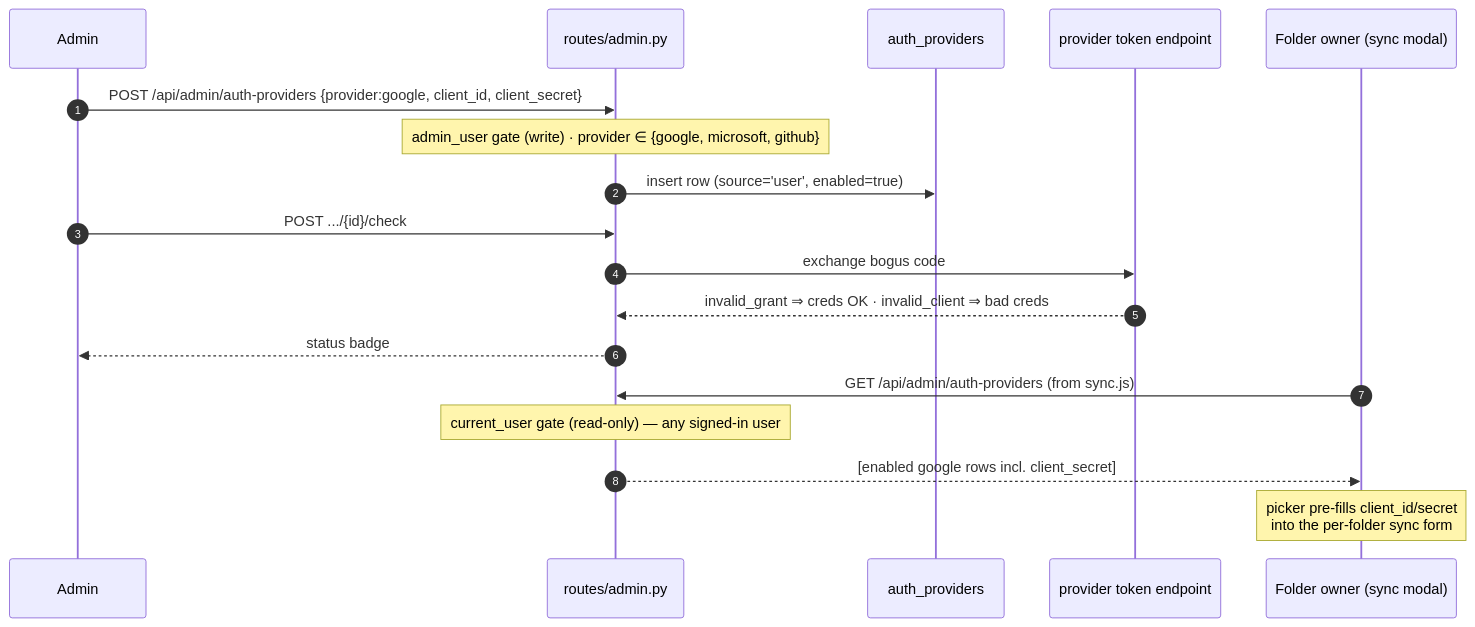
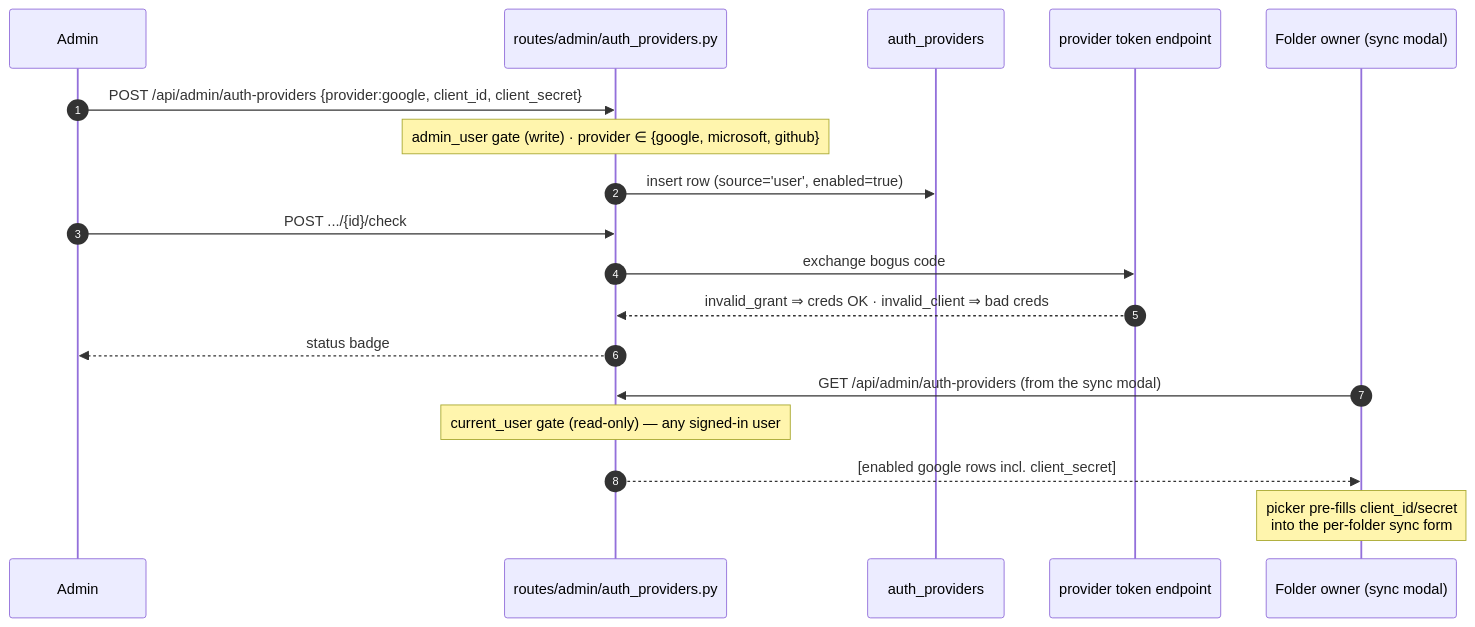
One commit to voitta-ai/voitta-rag-enterprise changed diagram 16 of 21 in docs/OPERATIONS.md. Above: the diagram before and after it, drawn with Mermaid. The commit also changed other lines of this file and 12 other files, not shown here.

````diff
--- a/docs/OPERATIONS.md
+++ b/docs/OPERATIONS.md
@@ -975,22 +1027,22 @@
 ```mermaid
 sequenceDiagram
     autonumber
     participant Admin
-    participant API as routes/admin.py
+    participant API as routes/admin/auth_providers.py
     participant DB as auth_providers
     participant Probe as provider token endpoint
     participant User as Folder owner (sync modal)
 
     Admin->>API: POST /api/admin/auth-providers {provider:google, client_id, client_secret}
     Note over API: admin_user gate (write) · provider ∈ {google, microsoft, github}
     API->>DB: insert row (source='user', enabled=true)
     Admin->>API: POST .../{id}/check
     API->>Probe: exchange bogus code
     Probe-->>API: invalid_grant ⇒ creds OK · invalid_client ⇒ bad creds
     API-->>Admin: status badge
 
-    User->>API: GET /api/admin/auth-providers (from sync.js)
+    User->>API: GET /api/admin/auth-providers (from the sync modal)
     Note over API: current_user gate (read-only) — any signed-in user
     API-->>User: [enabled google rows incl. client_secret]
     Note over User: picker pre-fills client_id/secret<br/>into the per-folder sync form
 ```
````
